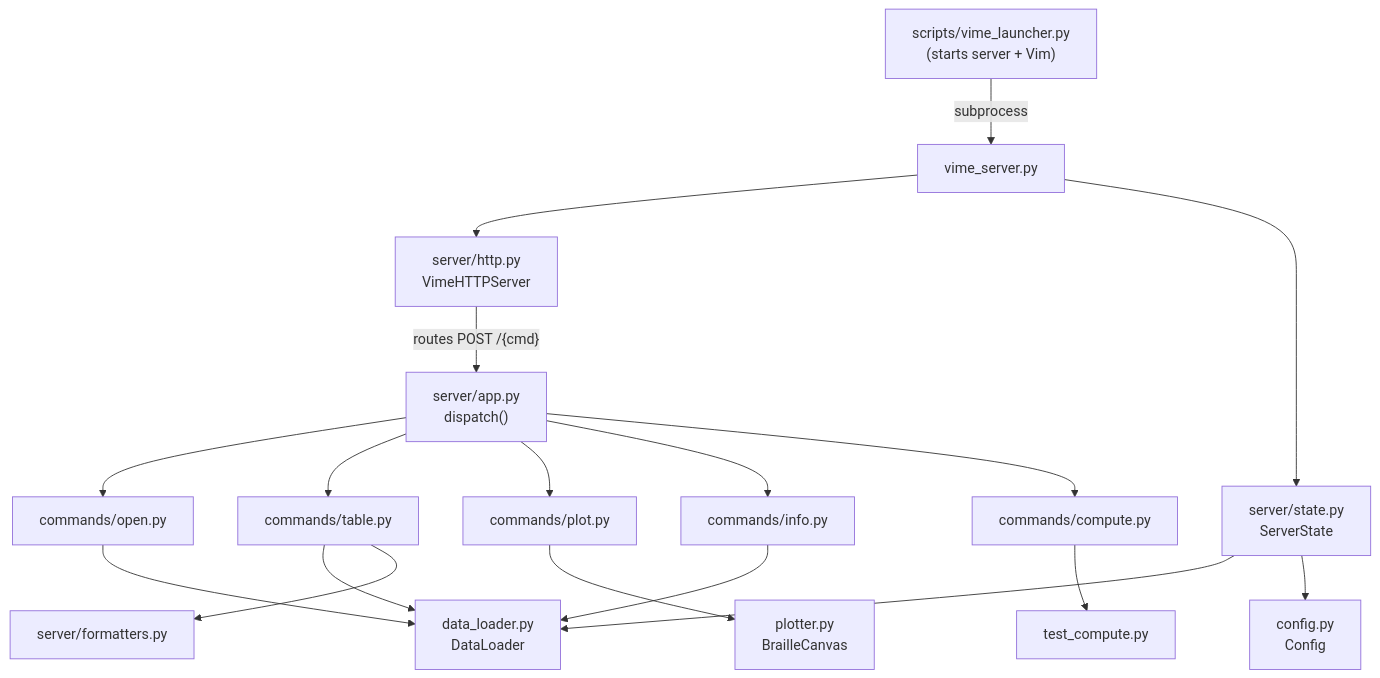
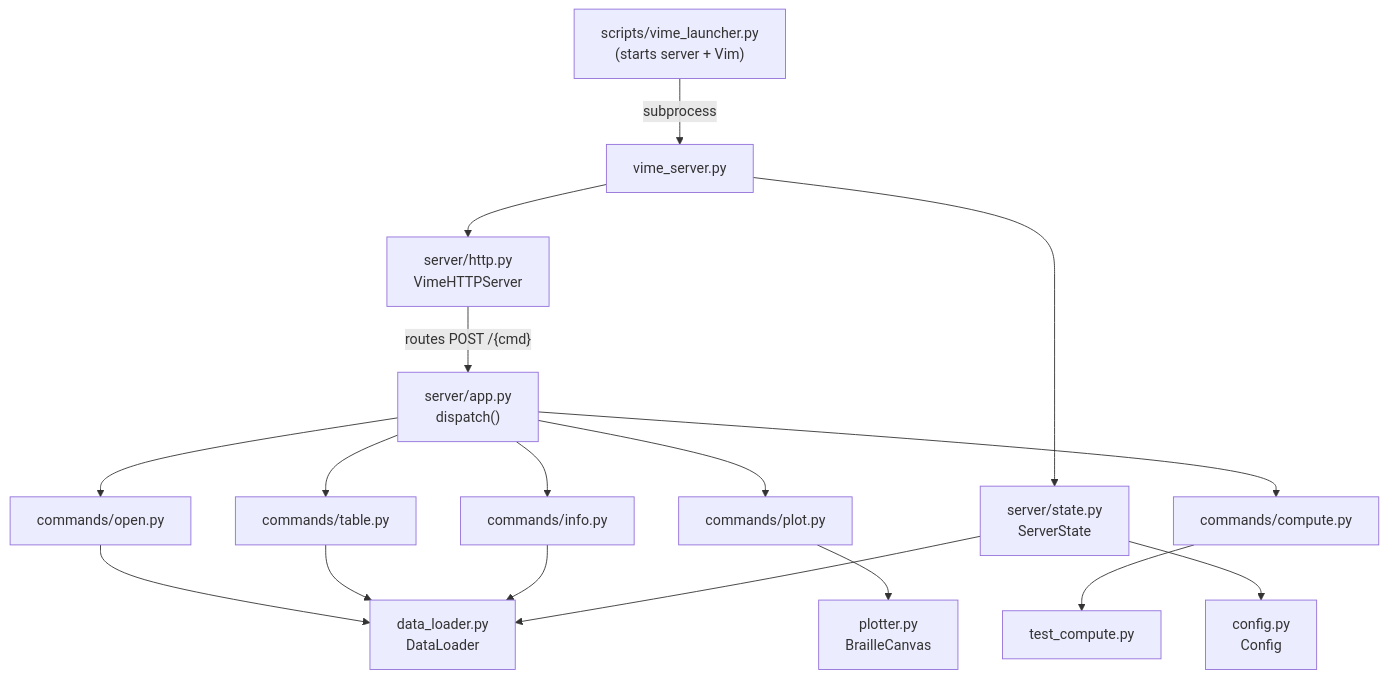
The first of 2 diagrams in python/README.md (Bobcheese39/VIME), drawn with Mermaid before and after one commit. The commit also changed other lines of this file and 19 other files, not shown here.

````diff
--- a/python/README.md
+++ b/python/README.md
@@ -7,26 +7,25 @@
 ```mermaid
 flowchart TD
     Launcher["scripts/vime_launcher.py<br>(starts server + Vim)"]
     Launcher -->|subprocess| Server
 
     Server[vime_server.py] --> HTTPLayer["server/http.py<br>VimeHTTPServer"]
     Server --> StateObj["server/state.py<br>ServerState"]
 
     HTTPLayer -->|"routes POST /{cmd}"| Dispatch["server/app.py<br>dispatch()"]
 
     Dispatch --> CmdOpen["commands/open.py"]
     Dispatch --> CmdTable["commands/table.py"]
     Dispatch --> CmdPlot["commands/plot.py"]
     Dispatch --> CmdInfo["commands/info.py"]
     Dispatch --> CmdCompute["commands/compute.py"]
 
     CmdOpen --> Loader["data_loader.py<br>DataLoader"]
     CmdTable --> Loader
-    CmdTable --> Formatters["server/formatters.py"]
     CmdInfo --> Loader
     CmdPlot --> PlotEngine["plotter.py<br>BrailleCanvas"]
     CmdCompute --> TestCompute["test_compute.py"]
 
     StateObj --> Loader
     StateObj --> ConfigMgr["config.py<br>Config"]
 ```
````
